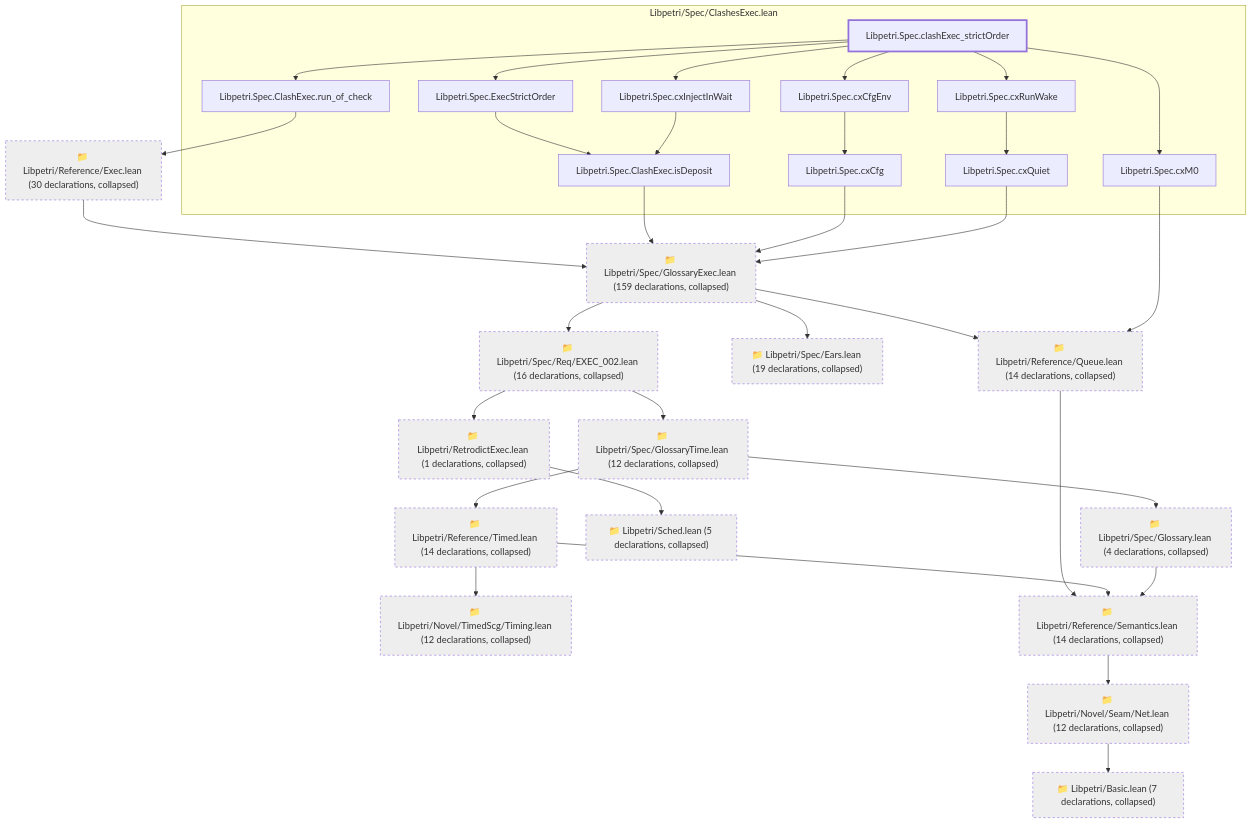
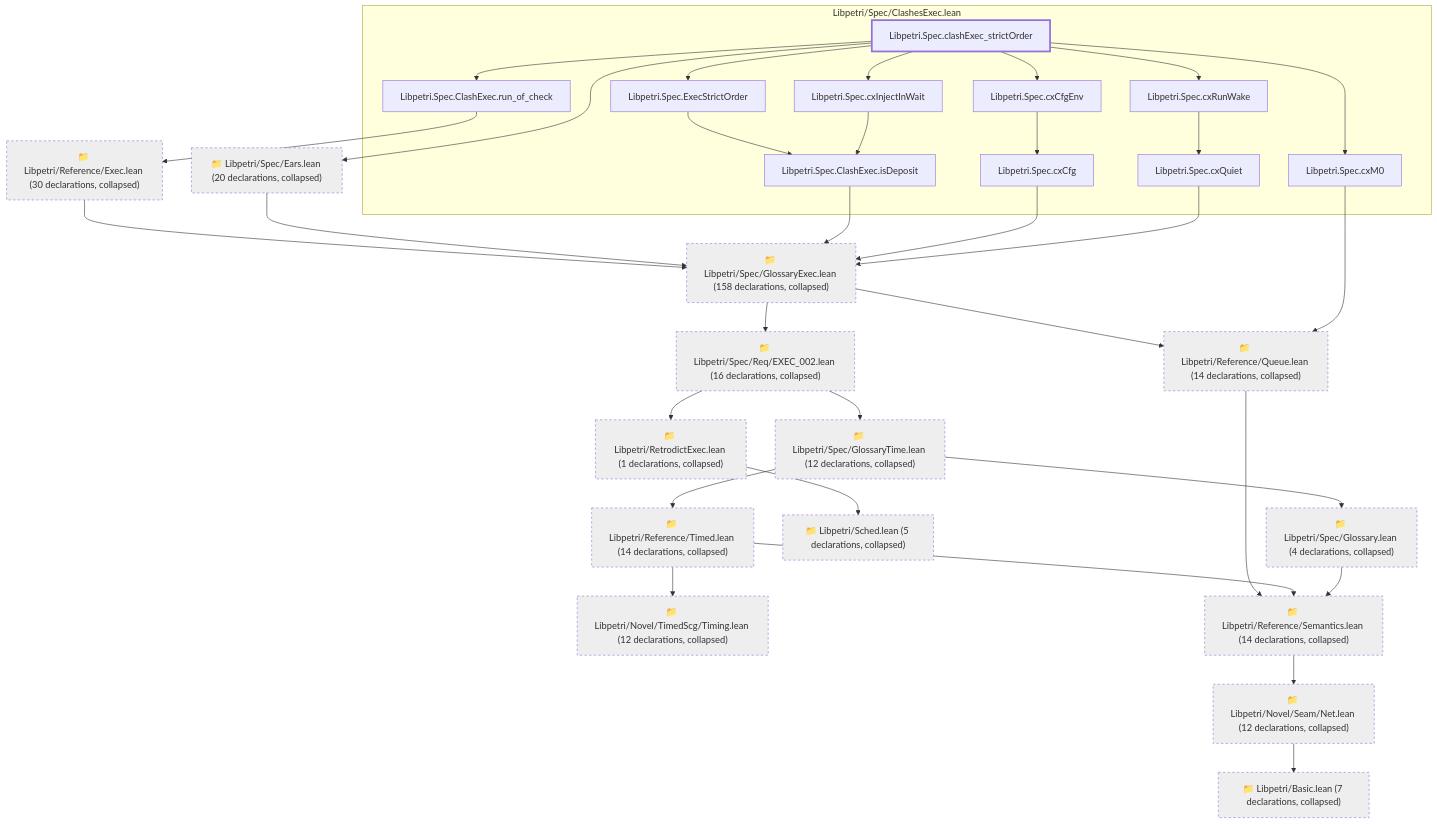
The second of 3 diagrams in lean/graph/requirements/EXEC-001.md (debe/libpetri), drawn with Mermaid before and after one commit. The commit also changed other lines of this file and 329 other files, not shown here.

First line of the commit message:
feat(spec): Lean requirement blocks for waves 7-11

````diff
--- a/lean/graph/requirements/EXEC-001.md
+++ b/lean/graph/requirements/EXEC-001.md
@@ -91,64 +92,65 @@
 ```mermaid
 flowchart TD
   subgraph g0["Libpetri/Spec/ClashesExec.lean"]
-    n4859["Libpetri.Spec.ClashExec.isDeposit"]
-    n4860["Libpetri.Spec.ClashExec.run_of_check"]
-    n6021["Libpetri.Spec.ExecStrictOrder"]
-    n7687["Libpetri.Spec.clashExec_strictOrder"]
-    n9145["Libpetri.Spec.cxCfg"]
-    n9148["Libpetri.Spec.cxCfgEnv"]
-    n9152["Libpetri.Spec.cxInjectInWait"]
-    n9154["Libpetri.Spec.cxM0"]
-    n9155["Libpetri.Spec.cxQuiet"]
-    n9164["Libpetri.Spec.cxRunWake"]
+    n5925["Libpetri.Spec.ClashExec.isDeposit"]
+    n5926["Libpetri.Spec.ClashExec.run_of_check"]
+    n7423["Libpetri.Spec.ExecStrictOrder"]
+    n12323["Libpetri.Spec.clashExec_strictOrder"]
+    n14018["Libpetri.Spec.cxCfg"]
+    n14021["Libpetri.Spec.cxCfgEnv"]
+    n14025["Libpetri.Spec.cxInjectInWait"]
+    n14027["Libpetri.Spec.cxM0"]
+    n14028["Libpetri.Spec.cxQuiet"]
+    n14037["Libpetri.Spec.cxRunWake"]
   end
   c0["📁 Libpetri/Basic.lean (7 declarations, collapsed)"]
   c54["📁 Libpetri/Novel/Seam/Net.lean (12 declarations, collapsed)"]
   c66["📁 Libpetri/Novel/TimedScg/Timing.lean (12 declarations, collapsed)"]
-  c74["📁 Libpetri/Reference/Exec.lean (30 declarations, collapsed)"]
-  c80["📁 Libpetri/Reference/Queue.lean (14 declarations, collapsed)"]
-  c83["📁 Libpetri/Reference/Semantics.lean (14 declarations, collapsed)"]
-  c87["📁 Libpetri/Reference/Timed.lean (14 declarations, collapsed)"]
-  c92["📁 Libpetri/RetrodictExec.lean (1 declarations, collapsed)"]
-  c98["📁 Libpetri/Sched.lean (5 declarations, collapsed)"]
-  c114["📁 Libpetri/Spec/Ears.lean (19 declarations, collapsed)"]
-  c115["📁 Libpetri/Spec/Glossary.lean (4 declarations, collapsed)"]
-  c120["📁 Libpetri/Spec/GlossaryExec.lean (159 declarations, collapsed)"]
-  c126["📁 Libpetri/Spec/GlossaryTime.lean (12 declarations, collapsed)"]
-  c194["📁 Libpetri/Spec/Req/EXEC_002.lean (16 declarations, collapsed)"]
+  c80["📁 Libpetri/Reference/Exec.lean (30 declarations, collapsed)"]
+  c91["📁 Libpetri/Reference/Queue.lean (14 declarations, collapsed)"]
+  c94["📁 Libpetri/Reference/Semantics.lean (14 declarations, collapsed)"]
+  c98["📁 Libpetri/Reference/Timed.lean (14 declarations, collapsed)"]
+  c103["📁 Libpetri/RetrodictExec.lean (1 declarations, collapsed)"]
+  c109["📁 Libpetri/Sched.lean (5 declarations, collapsed)"]
+  c131["📁 Libpetri/Spec/Ears.lean (20 declarations, collapsed)"]
+  c132["📁 Libpetri/Spec/Glossary.lean (4 declarations, collapsed)"]
+  c139["📁 Libpetri/Spec/GlossaryExec.lean (158 declarations, collapsed)"]
+  c146["📁 Libpetri/Spec/GlossaryTime.lean (12 declarations, collapsed)"]
+  c232["📁 Libpetri/Spec/Req/EXEC_002.lean (16 declarations, collapsed)"]
   c54 --> c0
-  c74 --> c120
-  c80 --> c83
-  c83 --> c54
-  c87 --> c66
-  c87 --> c83
-  c92 --> c98
-  c115 --> c83
-  c120 --> c80
-  c120 --> c114
-  c120 --> c194
-  c126 --> c87
-  c126 --> c115
-  c194 --> c92
-  c194 --> c126
-  n4859 --> c120
-  n4860 --> c74
-  n6021 --> n4859
-  n7687 --> n4860
-  n7687 --> n6021
-  n7687 --> n9148
-  n7687 --> n9152
-  n7687 --> n9154
-  n7687 --> n9164
-  n9145 --> c120
-  n9148 --> n9145
-  n9152 --> n4859
-  n9154 --> c80
-  n9155 --> c120
-  n9164 --> n9155
+  c80 --> c139
+  c91 --> c94
+  c94 --> c54
+  c98 --> c66
+  c98 --> c94
+  c103 --> c109
+  c131 --> c139
+  c132 --> c94
+  c139 --> c91
+  c139 --> c232
+  c146 --> c98
+  c146 --> c132
+  c232 --> c103
+  c232 --> c146
+  n5925 --> c139
+  n5926 --> c80
+  n7423 --> n5925
+  n12323 --> c131
+  n12323 --> n5926
+  n12323 --> n7423
+  n12323 --> n14021
+  n12323 --> n14025
+  n12323 --> n14027
+  n12323 --> n14037
+  n14018 --> c139
+  n14021 --> n14018
+  n14025 --> n5925
+  n14027 --> c91
+  n14028 --> c139
+  n14037 --> n14028
   classDef root stroke-width:3px
   classDef locked fill:#fff3cd,stroke:#b8860b
   classDef collapsed fill:#eeeeee,stroke-dasharray:4 4
-  class n7687 root
-  class c0,c54,c66,c74,c80,c83,c87,c92,c98,c114,c115,c120,c126,c194 collapsed
+  class n12323 root
+  class c0,c54,c66,c80,c91,c94,c98,c103,c109,c131,c132,c139,c146,c232 collapsed
 ```
````
